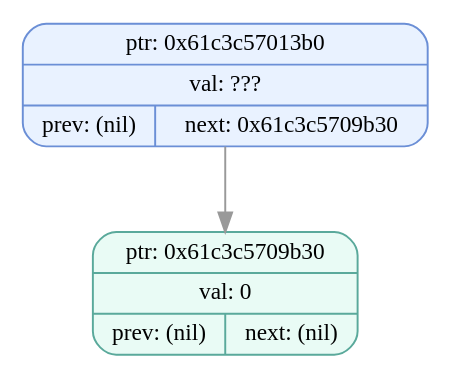
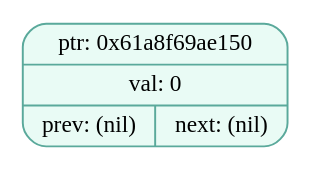
The diagram in dumps/tree_dump_005.dot (EvilTomato9890/Difference), drawn with Graphviz before and after one commit. The commit also changed 37 other files, not shown here.

```diff
--- a/dumps/tree_dump_005.dot
+++ b/dumps/tree_dump_005.dot
@@ -1,7 +1,5 @@
 digraph T{
   node [fontname="Fira Mono",shape=record,style="filled,rounded",fontsize=12];
   graph [splines=true, nodesep=0.6, ranksep=0.6];
-  node_0x61c3c57013b0[shape=record,label="{ {ptr: 0x61c3c57013b0} | {val: ???} | { prev: (nil) | next: 0x61c3c5709b30 } }",color="#6b8fd6",fillcolor="#e9f2ff"];
-  node_0x61c3c5709b30[shape=record,label="{ {ptr: 0x61c3c5709b30} | {val: 0} | { prev: (nil) | next: (nil) } }",color="#5aa99b",fillcolor="#e9fbf5"];
-  node_0x61c3c57013b0 -> node_0x61c3c5709b30 [color="#999999"];
+  node_0x61a8f69ae150[shape=record,label="{ {ptr: 0x61a8f69ae150} | {val: 0} | { prev: (nil) | next: (nil) } }",color="#5aa99b",fillcolor="#e9fbf5"];
 }
```
